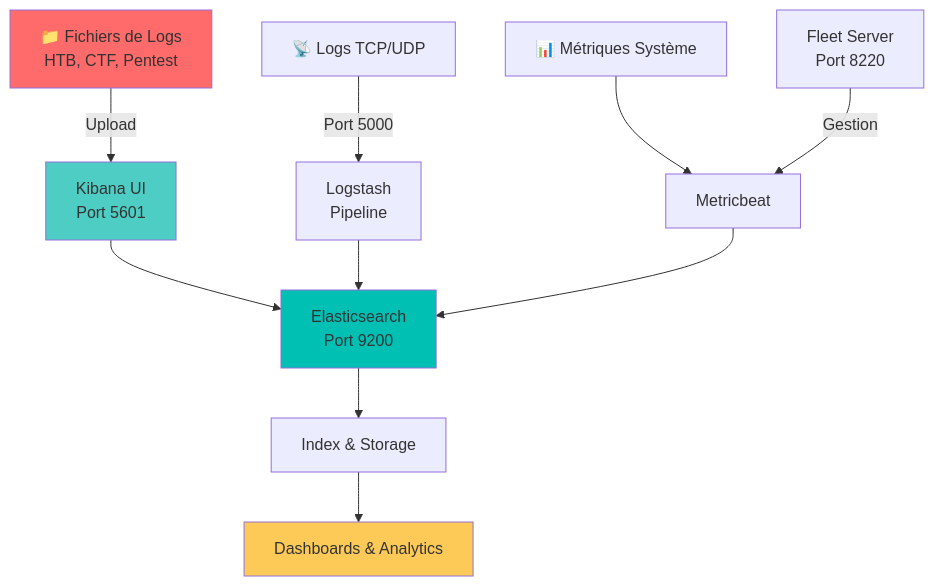
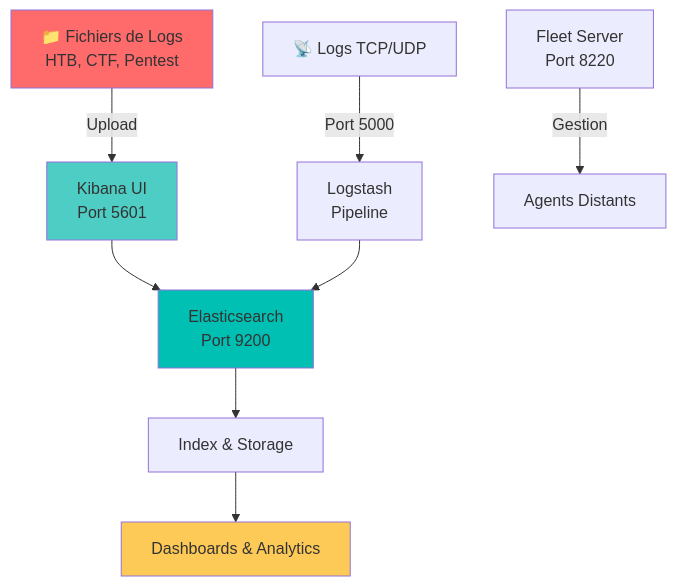
Before and after one commit to FoottyS11/elastic-cdsa-stack: the diagram in README.md, drawn with Mermaid. The commit also changed other lines of this file and 1 other file, not shown here.

First line of the commit message:
Suppression de Metricbeat - Stack allégée pour upload uniquement

````diff
--- a/README.md
+++ b/README.md
@@ -38,20 +38,18 @@
 ```mermaid
 graph TB
     A[📁 Fichiers de Logs<br/>HTB, CTF, Pentest] -->|Upload| B[Kibana UI<br/>Port 5601]
     C[📡 Logs TCP/UDP] -->|Port 5000| D[Logstash<br/>Pipeline]
-    E[📊 Métriques Système] --> F[Metricbeat]
     
     B --> G[Elasticsearch<br/>Port 9200]
     D --> G
-    F --> G
     
     G --> H[Index & Storage]
     H --> I[Dashboards & Analytics]
     
-    J[Fleet Server<br/>Port 8220] -->|Gestion| F
+    J[Fleet Server<br/>Port 8220] -->|Gestion| K[Agents Distants]
     
     style A fill:#ff6b6b
     style B fill:#4ecdc4
     style G fill:#00bfb3
     style I fill:#feca57
 ```
````
